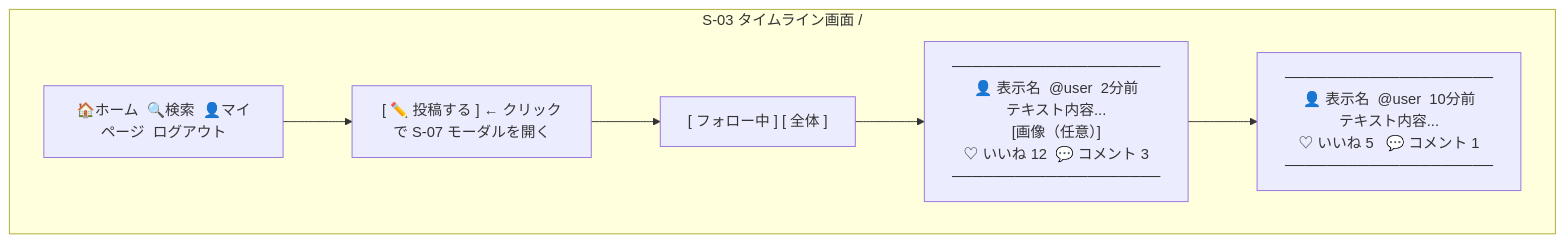
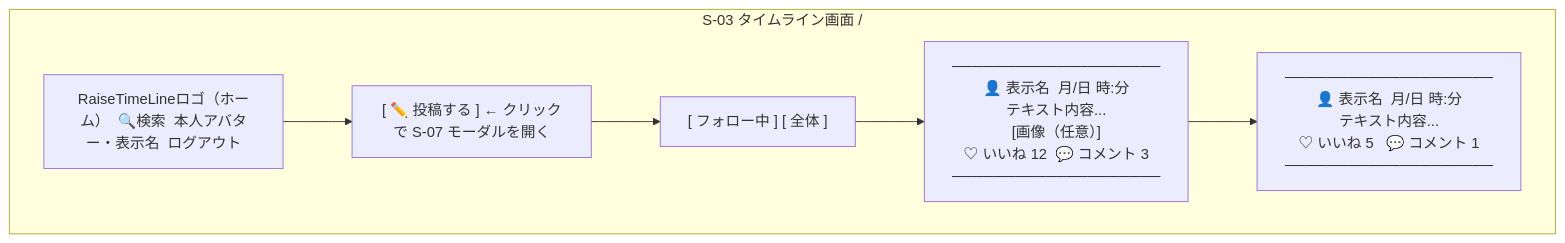
Before and after one commit to yamamotonaoki3/RaiseTimeLine: the third of 11 diagrams in docs/details/wireframes.md, drawn with Mermaid. The commit also changed other lines of this file and 27 other files, not shown here.

````diff
--- a/docs/details/wireframes.md
+++ b/docs/details/wireframes.md
@@ -42,11 +42,11 @@
 ```mermaid
 flowchart TB
     subgraph S03["S-03 タイムライン画面 /"]
-        Nav["🏠ホーム  🔍検索  👤マイページ  ログアウト"]
+        Nav["RaiseTimeLineロゴ（ホーム）  🔍検索  本人アバター・表示名  ログアウト"]
         PostBtn["[ ✏️ 投稿する ] ← クリックで S-07 モーダルを開く"]
         Tabs["[ フォロー中 ]  [ 全体 ]"]
-        Card1["────────────────────\n👤 表示名  @user  2分前\nテキスト内容...\n[画像（任意）]\n♡ いいね 12  💬 コメント 3\n────────────────────"]
-        Card2["────────────────────\n👤 表示名  @user  10分前\nテキスト内容...\n♡ いいね 5   💬 コメント 1\n────────────────────"]
+        Card1["────────────────────\n👤 表示名  月/日 時:分\nテキスト内容...\n[画像（任意）]\n♡ いいね 12  💬 コメント 3\n────────────────────"]
+        Card2["────────────────────\n👤 表示名  月/日 時:分\nテキスト内容...\n♡ いいね 5   💬 コメント 1\n────────────────────"]
         Nav --> PostBtn --> Tabs --> Card1 --> Card2
     end
 ```
````
